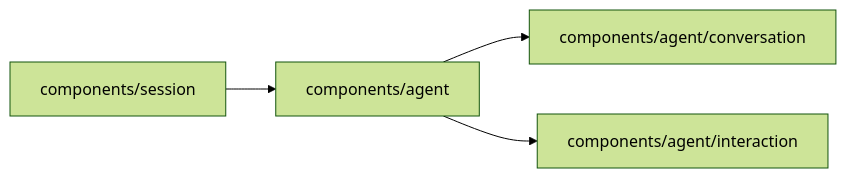
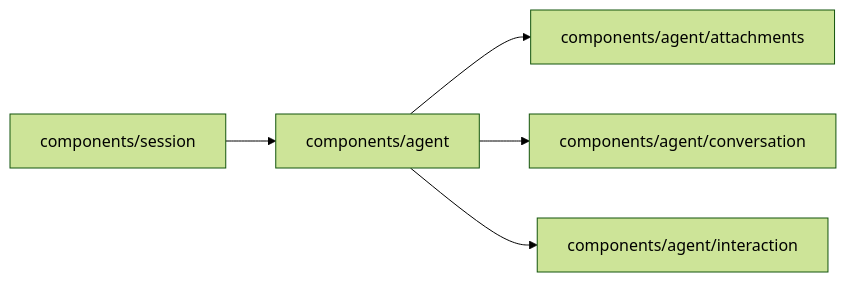
The diagram in web/studio/components/agent/README.md (superdurable/superverse), drawn with Mermaid (forest theme) before and after one commit. The commit also changed other lines of this file and 259 other files, not shown here.

````diff
--- a/web/studio/components/agent/README.md
+++ b/web/studio/components/agent/README.md
@@ -10,7 +10,8 @@
 ```mermaid
 flowchart LR
   self["components/agent"]
   c0["components/session"] --> self
-  self --> d0["components/agent/conversation"]
-  self --> d1["components/agent/interaction"]
+  self --> d0["components/agent/attachments"]
+  self --> d1["components/agent/conversation"]
+  self --> d2["components/agent/interaction"]
 ```
````
